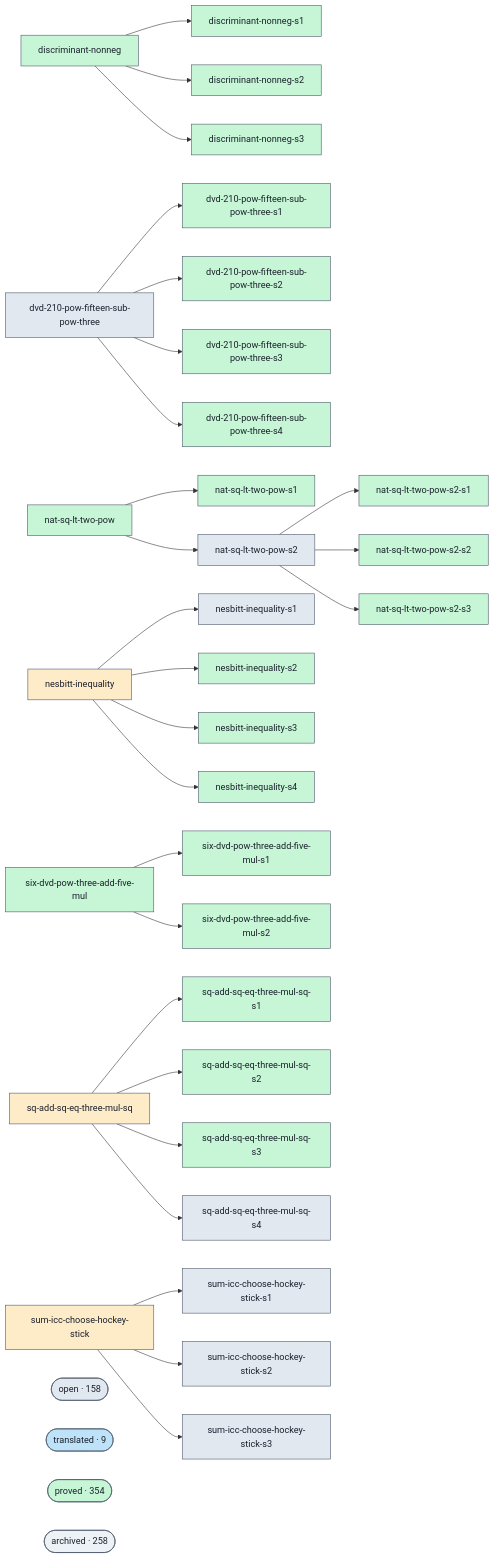
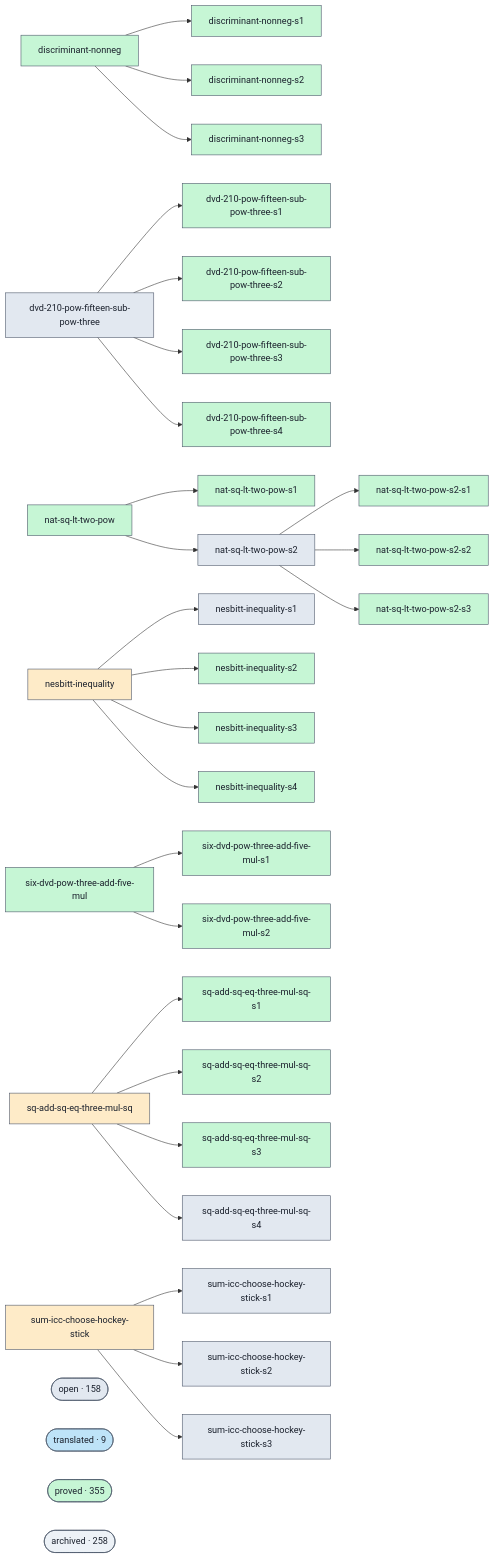
One commit to ohdearquant/unsorry changed the diagram in docs/proofs-contributors-visualisation.md. Above: the diagram before and after it, drawn with Mermaid. The commit also changed other lines of this file and 2 other files, not shown here.

```diff
--- a/docs/proofs-contributors-visualisation.md
+++ b/docs/proofs-contributors-visualisation.md
@@ -147,7 +147,7 @@
   class cluster_open open;
   cluster_translated(["translated · 9"])
   class cluster_translated translated;
-  cluster_proved(["proved · 354"])
+  cluster_proved(["proved · 355"])
   class cluster_proved proved;
   cluster_archived(["archived · 258"])
   class cluster_archived unknown;
```
